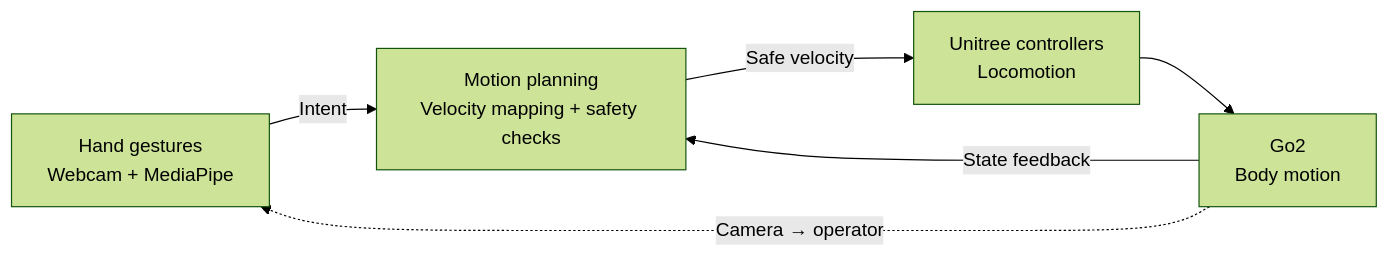
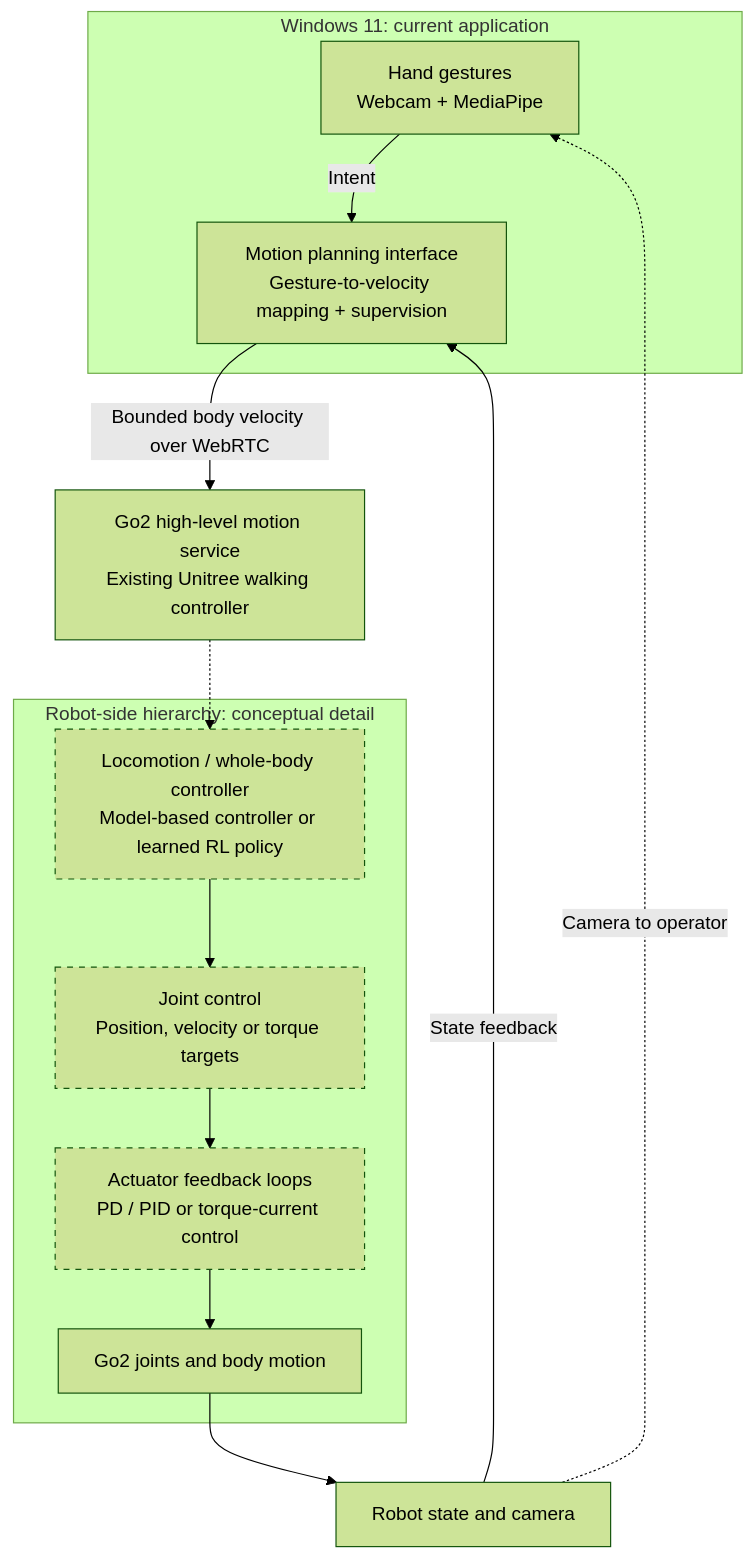
One commit to sriram-2502/go2-gesture-nav changed the diagram in README.md. Above: the diagram before and after it, drawn with Mermaid (forest theme). The commit also changed other lines of this file and 1 other file, not shown here.

Commit message:
Document hierarchical control stack and future Go2 research projects

````diff
--- a/README.md
+++ b/README.md
@@ -60,13 +60,24 @@
 ```mermaid
-flowchart LR
-    input["Hand gestures<br/>Webcam + MediaPipe"]
-    motion["Motion planning<br/>Velocity mapping + safety checks"]
-    control["Unitree controllers<br/>Locomotion"]
-    robot["Go2<br/>Body motion"]
-
-    input -->|"Intent"| motion
-    motion -->|"Safe velocity"| control
-    control --> robot
-    robot -->|"State feedback"| motion
-    robot -. "Camera → operator" .-> input
+flowchart TB
+    subgraph host["Windows 11: current application"]
+        input["Hand gestures<br/>Webcam + MediaPipe"]
+        motion["Motion planning interface<br/>Gesture-to-velocity mapping + supervision"]
+        input -->|"Intent"| motion
+    end
+    service["Go2 high-level motion service<br/>Existing Unitree walking controller"]
+    subgraph hierarchy["Robot-side hierarchy: conceptual detail"]
+        locomotion["Locomotion / whole-body controller<br/>Model-based controller or learned RL policy"]
+        joint["Joint control<br/>Position, velocity or torque targets"]
+        actuator["Actuator feedback loops<br/>PD / PID or torque-current control"]
+        robot["Go2 joints and body motion"]
+        locomotion --> joint --> actuator --> robot
+    end
+    feedback["Robot state and camera"]
+    motion -->|"Bounded body velocity over WebRTC"| service
+    service -.-> locomotion
+    robot --> feedback
+    feedback -->|"State feedback"| motion
+    feedback -.->|"Camera to operator"| input
+    classDef conceptual stroke-dasharray: 5 5;
+    class locomotion,joint,actuator conceptual;
 ```
````
